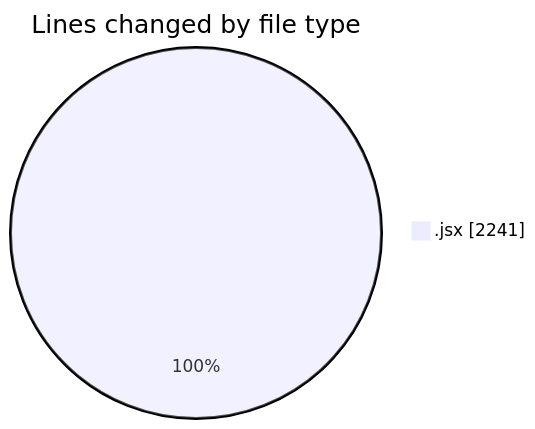
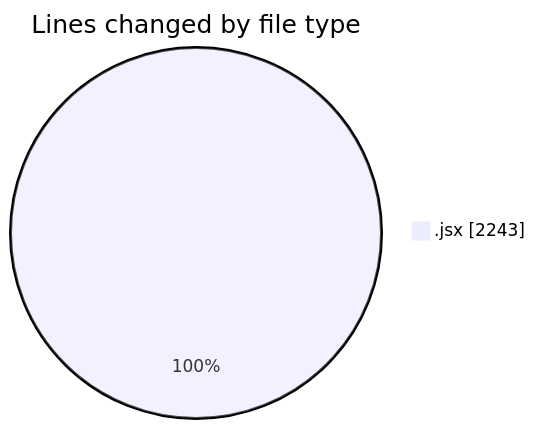
Before and after one commit to nxtqubesakshisongat/code-tracking: the first of 2 diagrams in 2025-11-19/nxtqube_webapp/README.md, drawn with Mermaid. The commit also changed other lines of this file and 1 other file, not shown here.

````diff
--- a/2025-11-19/nxtqube_webapp/README.md
+++ b/2025-11-19/nxtqube_webapp/README.md
@@ -22,5 +22,5 @@
 ```mermaid
 pie showData
 title Lines changed by file type
-".jsx" : 2241
+".jsx" : 2243
 ```
````
